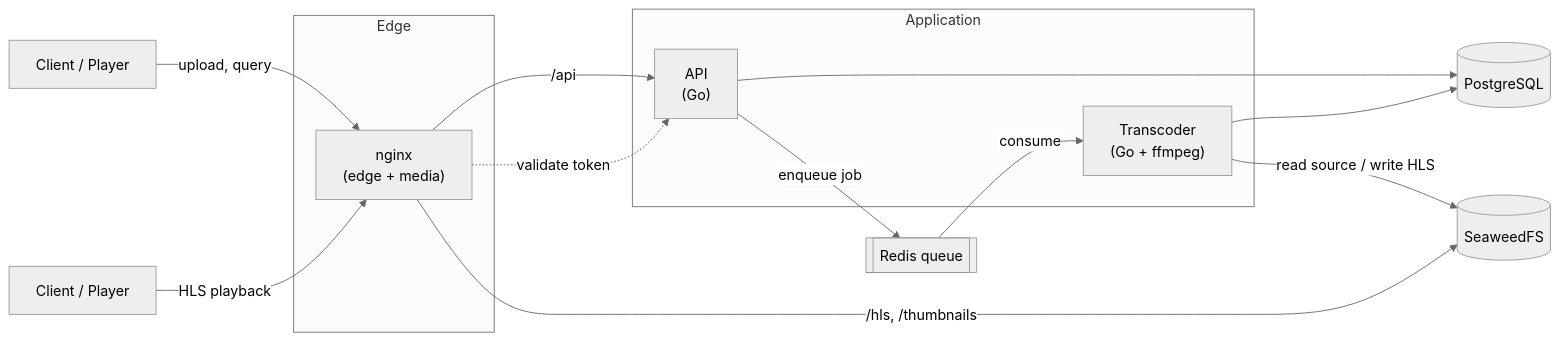
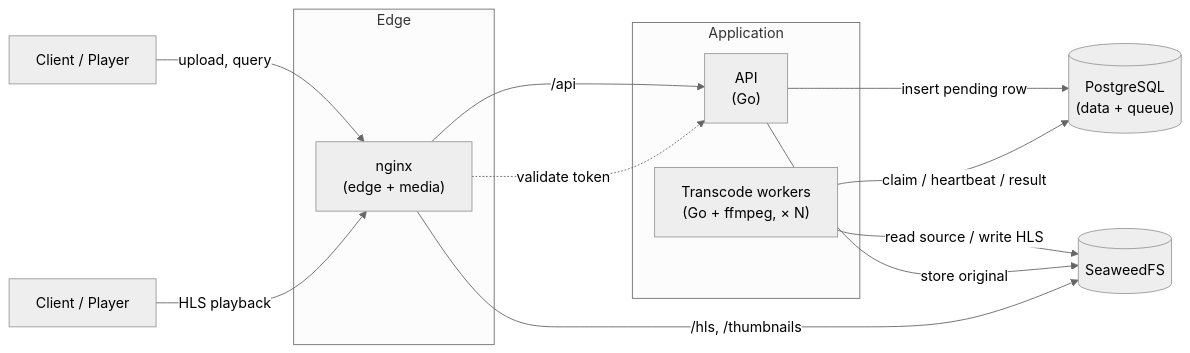
One commit to evadepw/evadeplayer-platform changed the diagram in README.md. Above: the diagram before and after it, drawn with Mermaid (neutral theme). The commit also changed other lines of this file and 5 other files, not shown here.

First line of the commit message:
Sync docs and CI with the new architecture

````diff
--- a/README.md
+++ b/README.md
@@ -69,23 +74,22 @@
 ```mermaid
 flowchart LR
     Client["Client / Player"] -->|upload, query| Nginx
     Player["Client / Player"] -->|HLS playback| Nginx
 
     subgraph Edge
         Nginx["nginx<br/>(edge + media)"]
     end
 
     subgraph Application
         API["API<br/>(Go)"]
-        Worker["Transcoder<br/>(Go + ffmpeg)"]
+        Worker["Transcode workers<br/>(Go + ffmpeg, × N)"]
     end
 
     Nginx -->|/api| API
-    API --> PG[("PostgreSQL")]
-    API -->|enqueue job| Redis[["Redis queue"]]
-    Redis -->|consume| Worker
+    API -->|insert pending row| PG[("PostgreSQL<br/>(data + queue)")]
+    Worker -->|claim / heartbeat / result| PG
     Worker -->|read source / write HLS| Storage[("SeaweedFS")]
-    Worker --> PG
+    API -->|store original| Storage
     Nginx -->|/hls, /thumbnails| Storage
     Nginx -.->|validate token| API
 ```
````
